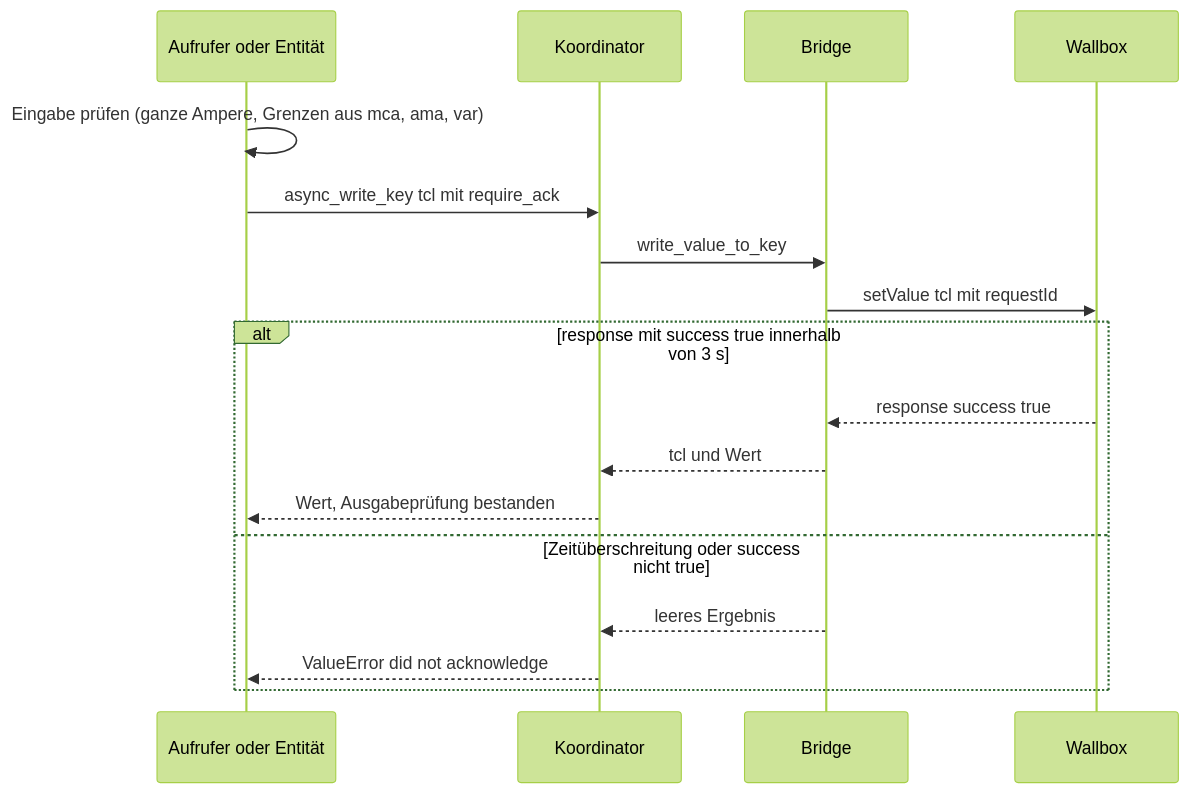
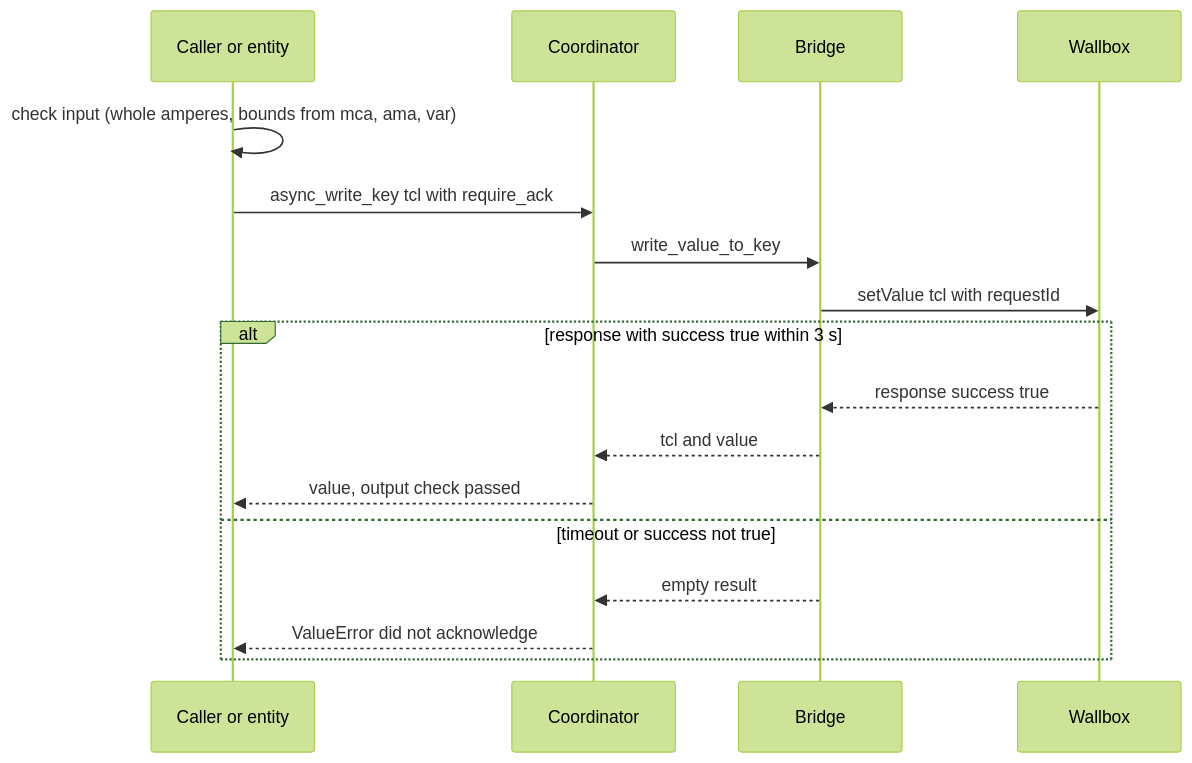
Before and after one commit to OliEder/ha-goecharger-api2: the eighth of 12 diagrams in docs/architecture/arc42-ha-goecharger-api2.md, drawn with Mermaid (forest theme). The commit also changed other lines of this file and 89 other files, not shown here.

````diff
--- a/docs/architecture/arc42-ha-goecharger-api2.md
+++ b/docs/architecture/arc42-ha-goecharger-api2.md
@@ -391,19 +391,19 @@
 ```mermaid
 sequenceDiagram
-    participant A as Aufrufer oder Entität
-    participant K as Koordinator
+    participant A as Caller or entity
+    participant K as Coordinator
     participant B as Bridge
     participant W as Wallbox
-    A->>A: Eingabe prüfen (ganze Ampere, Grenzen aus mca, ama, var)
-    A->>K: async_write_key tcl mit require_ack
+    A->>A: check input (whole amperes, bounds from mca, ama, var)
+    A->>K: async_write_key tcl with require_ack
     K->>B: write_value_to_key
-    B->>W: setValue tcl mit requestId
-    alt response mit success true innerhalb von 3 s
+    B->>W: setValue tcl with requestId
+    alt response with success true within 3 s
         W-->>B: response success true
-        B-->>K: tcl und Wert
-        K-->>A: Wert, Ausgabeprüfung bestanden
-    else Zeitüberschreitung oder success nicht true
-        B-->>K: leeres Ergebnis
+        B-->>K: tcl and value
+        K-->>A: value, output check passed
+    else timeout or success not true
+        B-->>K: empty result
         K-->>A: ValueError did not acknowledge
     end
 ```
````
